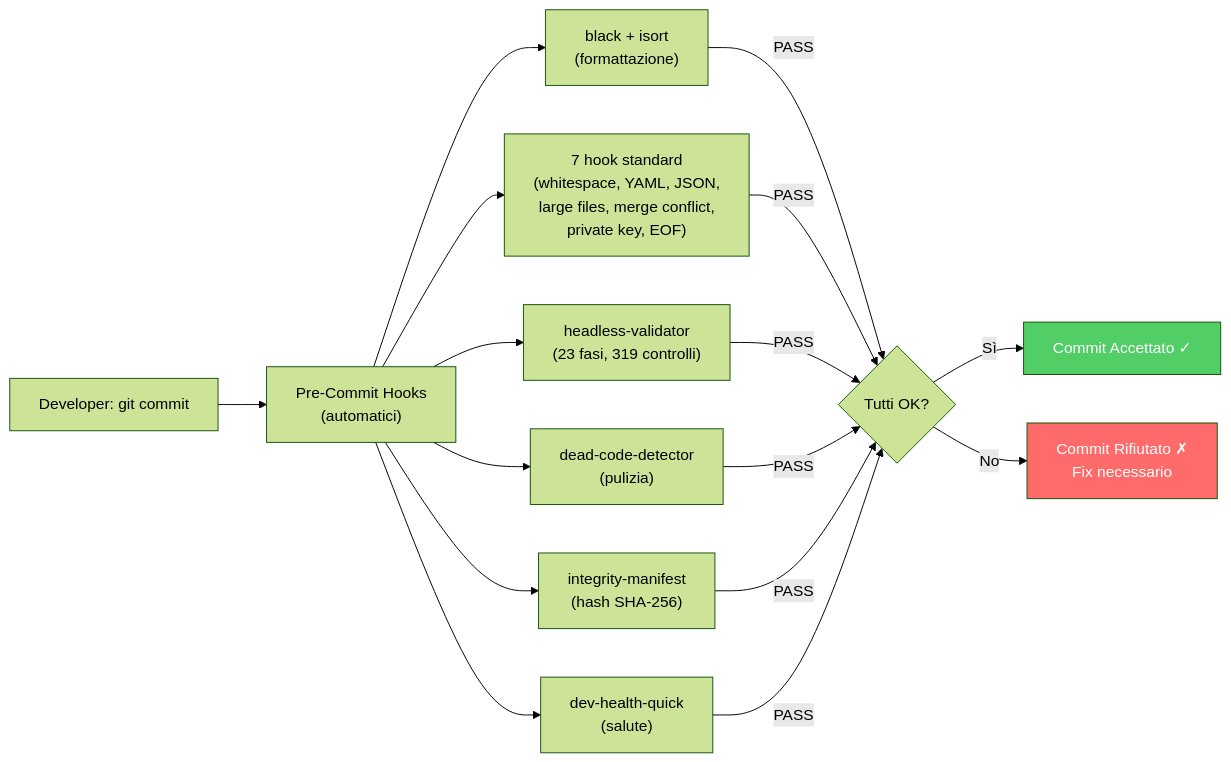
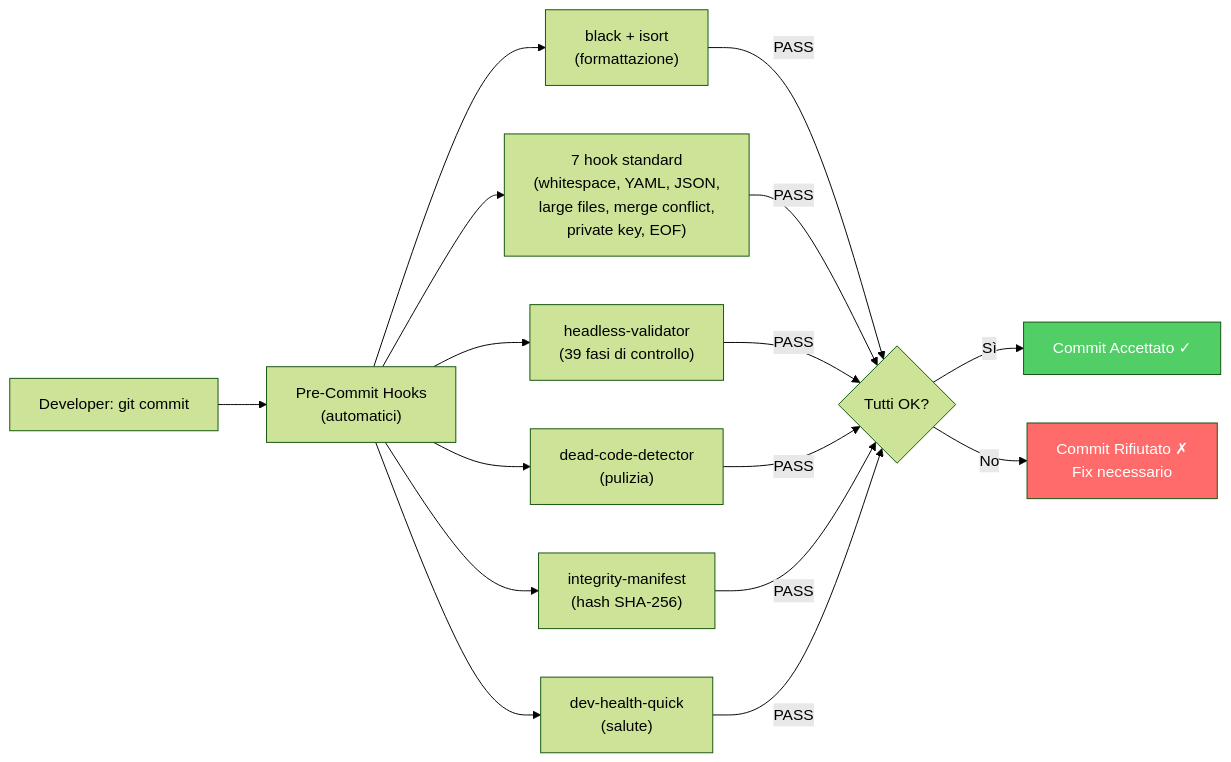
Before and after one commit to renanaugustomacena-ux/Counter-Strike-coach-AI: diagram 44 of 52 in docs/books/Book-Coach-3.md, drawn with Mermaid (forest theme). The commit also changed other lines of this file and 4 other files, not shown here.

````diff
--- a/docs/books/Book-Coach-3.md
+++ b/docs/books/Book-Coach-3.md
@@ -2375,21 +2369,21 @@
 ```mermaid
 flowchart LR
     DEV["Developer: git commit"]
     DEV --> HOOKS["Pre-Commit Hooks<br/>(automatici)"]
     HOOKS --> BF["black + isort<br/>(formattazione)"]
     HOOKS --> STD["7 hook standard<br/>(whitespace, YAML, JSON,<br/>large files, merge conflict,<br/>private key, EOF)"]
-    HOOKS --> VALID["headless-validator<br/>(23 fasi, 319 controlli)"]
+    HOOKS --> VALID["headless-validator<br/>(39 fasi di controllo)"]
     HOOKS --> DEAD["dead-code-detector<br/>(pulizia)"]
     HOOKS --> INTEG["integrity-manifest<br/>(hash SHA-256)"]
     HOOKS --> HEALTH["dev-health-quick<br/>(salute)"]
     BF -->|"PASS"| OK{"Tutti OK?"}
     STD -->|"PASS"| OK
     VALID -->|"PASS"| OK
     DEAD -->|"PASS"| OK
     INTEG -->|"PASS"| OK
     HEALTH -->|"PASS"| OK
     OK -->|"Sì"| COMMIT["Commit Accettato ✓"]
     OK -->|"No"| REJECT["Commit Rifiutato ✗<br/>Fix necessario"]
     style COMMIT fill:#51cf66,color:#fff
     style REJECT fill:#ff6b6b,color:#fff
 ```
````
